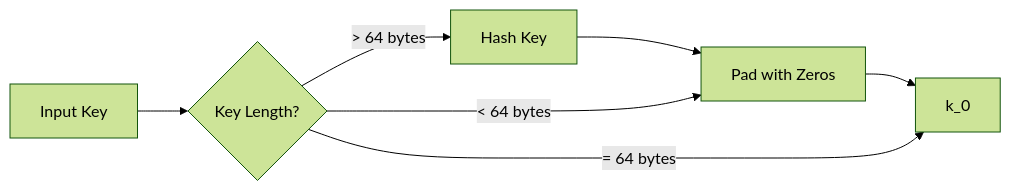
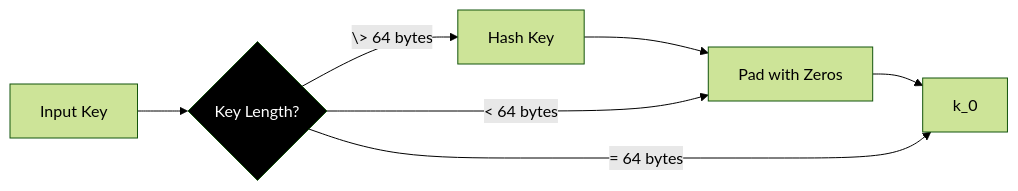
One commit to o1-labs/o1js-documentation-site changed the first of 3 diagrams in docs/tutorials/hmac/01-hmac-basics.mdx. Above: the diagram before and after it, drawn with Mermaid (forest theme). The commit also changed 13 other files, not shown here.

Commit message:
mermaid theme

````diff
--- a/docs/tutorials/hmac/01-hmac-basics.mdx
+++ b/docs/tutorials/hmac/01-hmac-basics.mdx
@@ -86,7 +86,9 @@
    ```mermaid
    graph LR
-   A[Input Key] --> B{Key Length?}
-   B -->|> 64 bytes| C[Hash Key] --> D[Pad with Zeros] --> E[k_0]
+   A[Input Key] --> B{Key Length?}:::secondary
+   B -->|\> 64 bytes| C[Hash Key] --> D[Pad with Zeros] --> E[k_0]
    B -->|= 64 bytes| E
    B -->|< 64 bytes| D
+
+   classDef secondary fill:#000000,color:#ffffff
    ```
````
